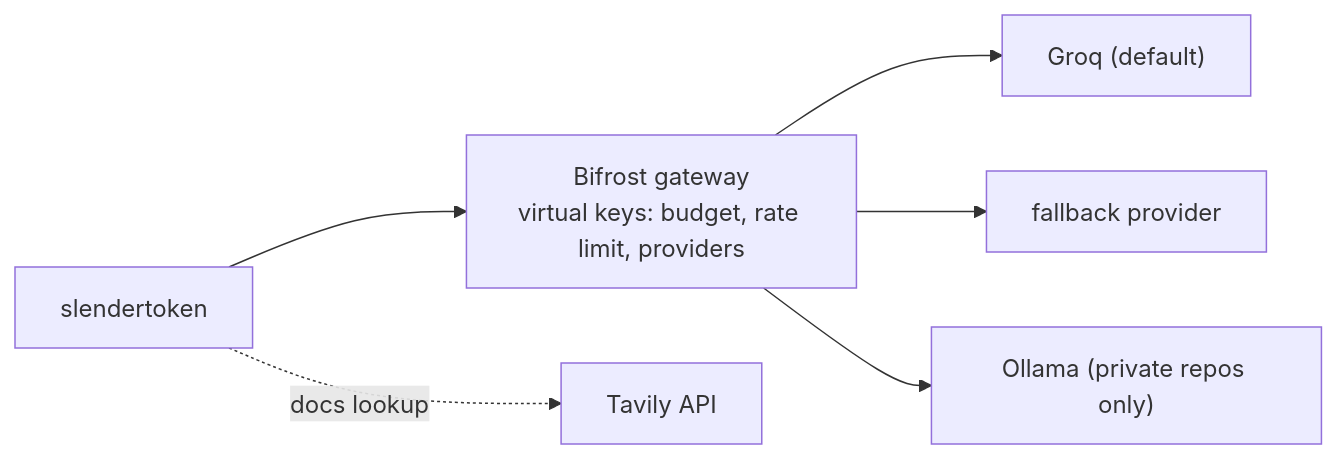
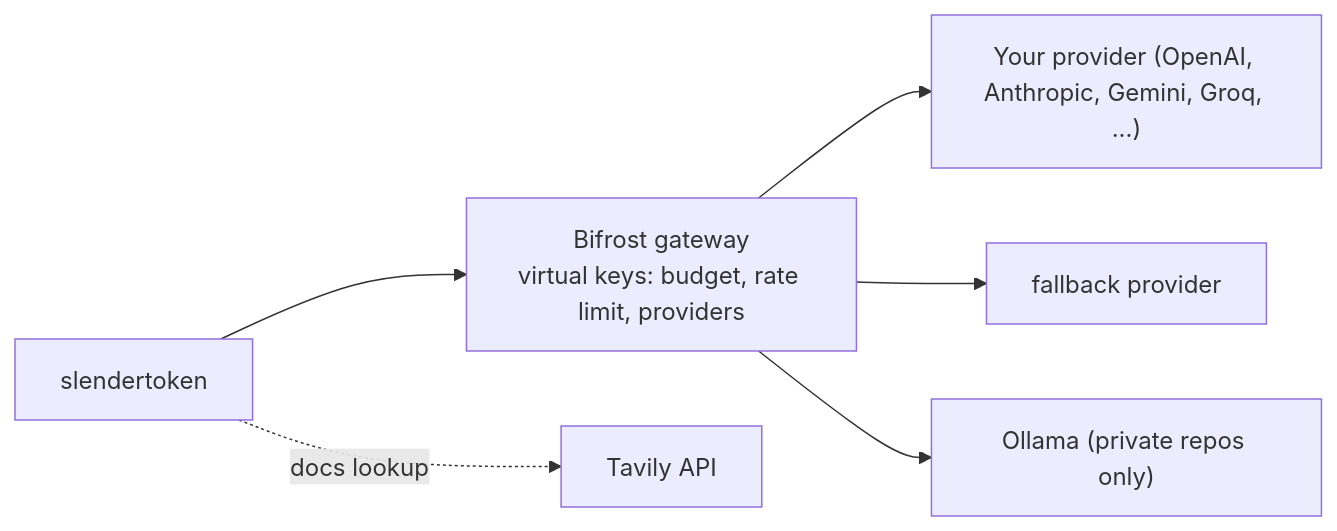
One commit to Ani07-05/leantoken changed the diagram in README.md. Above: the diagram before and after it, drawn with Mermaid. The commit also changed other lines of this file, not shown here.

Commit message:
docs: make README provider-agnostic

````diff
--- a/README.md
+++ b/README.md
@@ -67,8 +67,8 @@
 ```mermaid
 flowchart LR
     CLI["slendertoken"] --> BF["Bifrost gateway<br/>virtual keys: budget, rate limit, providers"]
-    BF --> G["Groq (default)"]
+    BF --> G["Your provider (OpenAI, Anthropic, Gemini, Groq, ...)"]
     BF --> F["fallback provider"]
     BF --> O["Ollama (private repos only)"]
     CLI -. "docs lookup" .-> T["Tavily API"]
 ```
````
